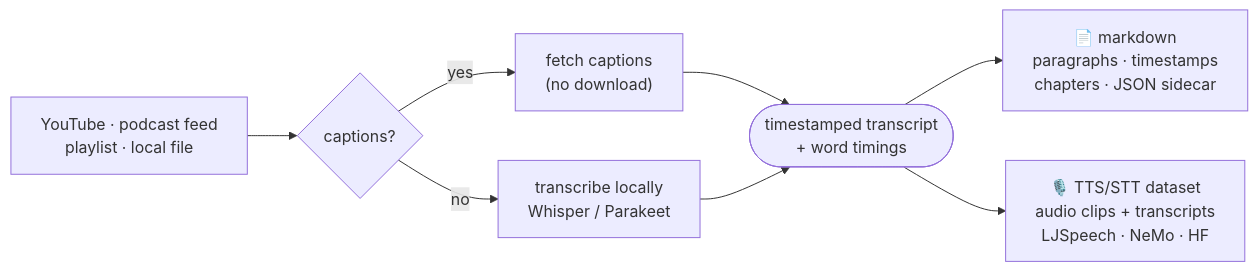
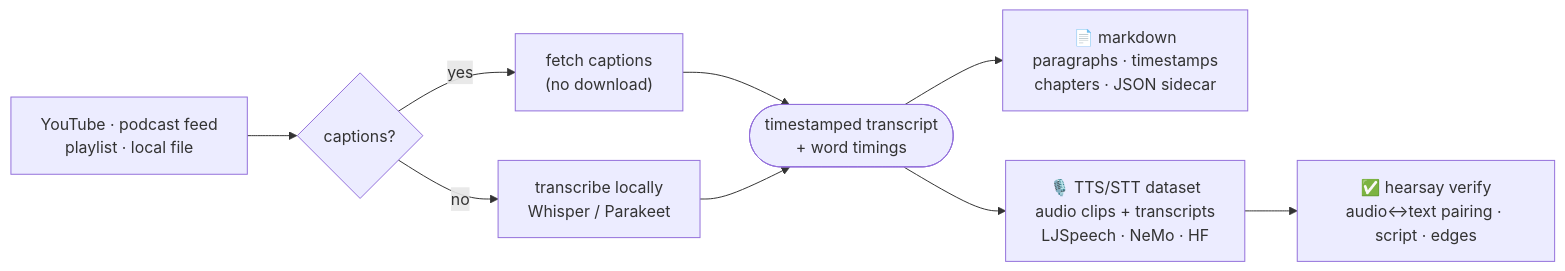
Before and after one commit to mudassar531/hearsay: the diagram in README.md, drawn with Mermaid. The commit also changed other lines of this file and 32 other files, not shown here.

First line of the commit message:
chore(release): 0.8.0 — hearsay verify, channels, GPU, cookies, and six silent-output fixes (#29)

````diff
--- a/README.md
+++ b/README.md
@@ -52,10 +54,11 @@
 ```mermaid
 flowchart LR
     S["YouTube · podcast feed<br/>playlist · local file"] --> T{"captions?"}
     T -- yes --> C["fetch captions<br/>(no download)"]
     T -- no --> W["transcribe locally<br/>Whisper / Parakeet"]
     C --> X(["timestamped transcript<br/>+ word timings"])
     W --> X
     X --> M["📄 markdown<br/>paragraphs · timestamps<br/>chapters · JSON sidecar"]
     X --> D["🎙️ TTS/STT dataset<br/>audio clips + transcripts<br/>LJSpeech · NeMo · HF"]
+    D --> V["✅ hearsay verify<br/>audio↔text pairing · script · edges"]
 ```
````
